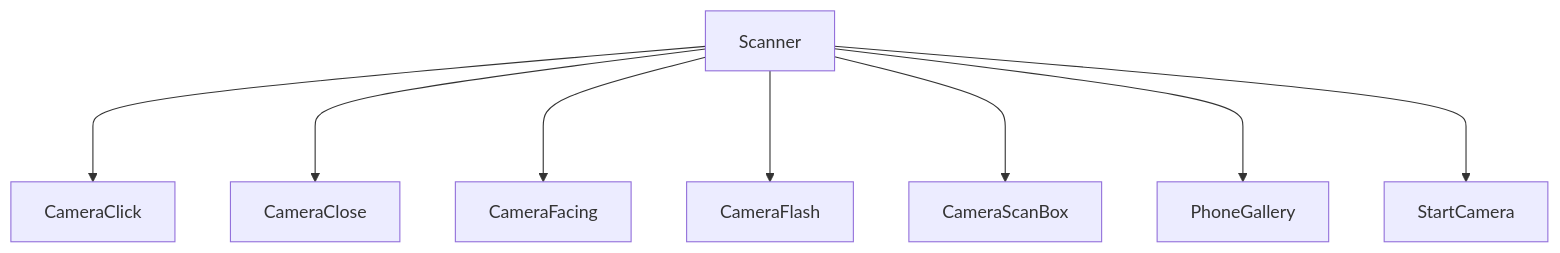
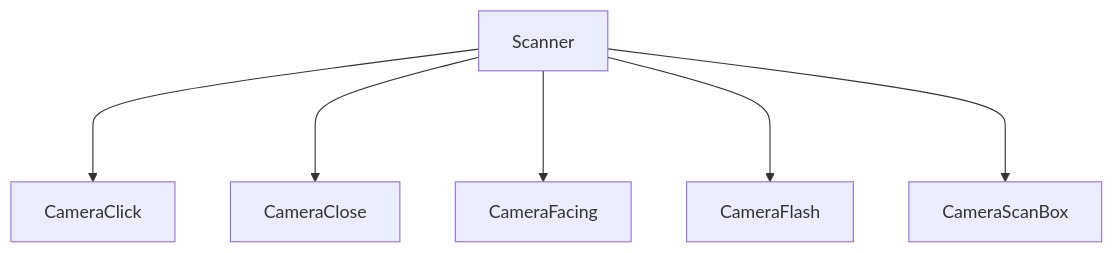
The diagram in __app/component/Scanner/README.md (opensrc0/fe-pilot), drawn with Mermaid before and after one commit.

Commit message:
fix(readme.md for scanner): readme.md for Scanner

````diff
--- a/__app/component/Scanner/README.md
+++ b/__app/component/Scanner/README.md
@@ -3,10 +3,8 @@
 ```mermaid
 graph TD;
     Scanner--->CameraClick;
     Scanner--->CameraClose;
     Scanner--->CameraFacing;
     Scanner--->CameraFlash;
     Scanner--->CameraScanBox;
-    Scanner--->PhoneGallery;
-    Scanner--->StartCamera;
 ```
````
